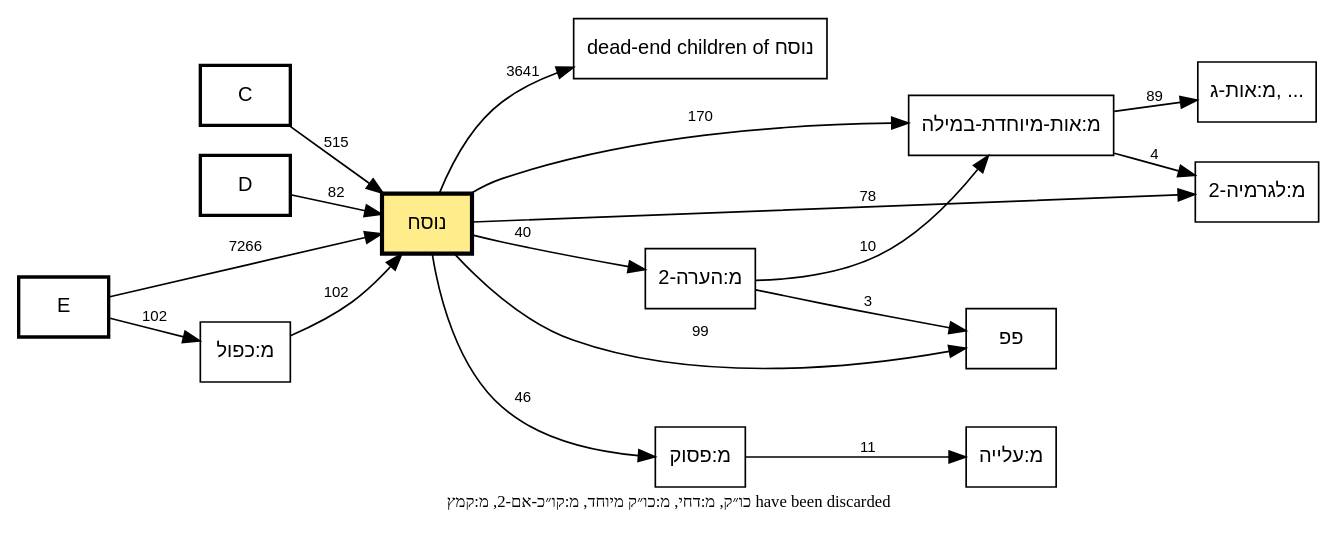
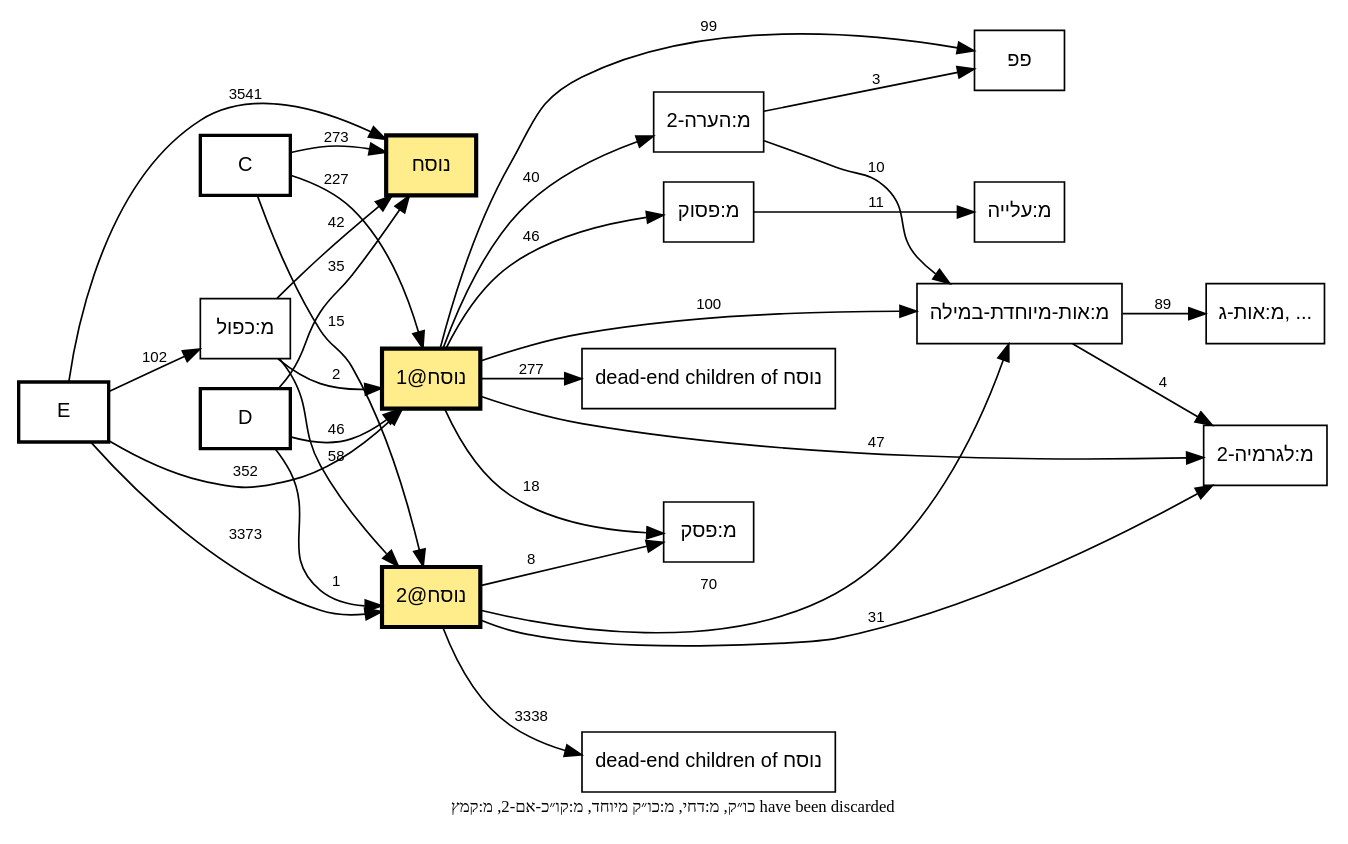
Before and after one commit to bdenckla/MAM-basics: the diagram in out/tmpl-survey-plus/plus-nusach-call-graph.dot, drawn with Graphviz. The commit also changed 17 other files, not shown here.

```diff
--- a/out/tmpl-survey-plus/plus-nusach-call-graph.dot
+++ b/out/tmpl-survey-plus/plus-nusach-call-graph.dot
@@ -1,61 +1,75 @@
 // This file was generated by MAM-basics/py/main_tmpl_survey.py.
 // Do not edit by hand.
 digraph template_call_graph {
     rankdir=LR;
     node [fontname="SBL Hebrew,Helvetica", fontsize=12];
     edge [fontname="Helvetica", fontsize=9];
     graph [comment="This file was generated by MAM-basics/py/main_tmpl_survey.py."];
 
     // Column nodes
     node [shape=box, style=bold];
     "C";
     "D";
     "E";
 
     // Template nodes
     node [shape=box, style=""];
     "dead-end children of נוסח" [tooltip="כתיב ולא קרי
 מ:אין פרשה בתחילת פרק
 מ:אין פרשה בתחילת פרק בספרי אמ״ת
 מ:מקף אפור
 מ:נו״ן הפוכה
-מ:פסק
 מ:צינור
-מ:קישור בהערה
-מ:קישור פנימי בהערה
-מודגש
 סס
 ססס
 פפפ
 קו״כ
 קרי ולא כתיב
 ר0
 ר1
 ר3
-ר4
-ש"];
+ר4"];
     "מ:אות-ג, ..." [tooltip="מ:אות-ג
 מ:אות-ק"];
+    "dead-end children of נוסח (2)" [label="dead-end children of נוסח", tooltip="מ:קישור בהערה
+מ:קישור פנימי בהערה
+מודגש
+ש"];
     "נוסח" [fillcolor="lightgoldenrod1", style="filled", penwidth=2.5];
+    "נוסח@1" [fillcolor="lightgoldenrod1", style="filled", penwidth=2.5];
+    "נוסח@2" [fillcolor="lightgoldenrod1", style="filled", penwidth=2.5];
 
     // Note
     graph [label="כו״ק, מ:דחי, מ:כו״ק מיוחד, מ:קו״כ-אם-2, מ:קמץ have been discarded", labelloc=b, fontsize=10];
 
     // Edges
-    "C" -> "נוסח" [label="515"];
-    "D" -> "נוסח" [label="82"];
+    "C" -> "נוסח" [label="273"];
+    "C" -> "נוסח@1" [label="227"];
+    "C" -> "נוסח@2" [label="15"];
+    "D" -> "נוסח" [label="35"];
+    "D" -> "נוסח@1" [label="46"];
+    "D" -> "נוסח@2" [label="1"];
     "E" -> "מ:כפול" [label="102"];
-    "E" -> "נוסח" [label="7266"];
+    "E" -> "נוסח" [label="3541"];
+    "E" -> "נוסח@1" [label="352"];
+    "E" -> "נוסח@2" [label="3373"];
     "מ:אות-מיוחדת-במילה" -> "מ:אות-ג, ..." [label="89"];
     "מ:אות-מיוחדת-במילה" -> "מ:לגרמיה-2" [label="4"];
     "מ:הערה-2" -> "מ:אות-מיוחדת-במילה" [label="10"];
     "מ:הערה-2" -> "פפ" [label="3"];
-    "מ:כפול" -> "נוסח" [label="102"];
+    "מ:כפול" -> "נוסח" [label="42"];
+    "מ:כפול" -> "נוסח@1" [label="2"];
+    "מ:כפול" -> "נוסח@2" [label="58"];
     "מ:פסוק" -> "מ:עלייה" [label="11"];
-    "נוסח" -> "dead-end children of נוסח" [label="3641"];
-    "נוסח" -> "מ:אות-מיוחדת-במילה" [label="170"];
-    "נוסח" -> "מ:הערה-2" [label="40"];
-    "נוסח" -> "מ:לגרמיה-2" [label="78"];
-    "נוסח" -> "מ:פסוק" [label="46"];
-    "נוסח" -> "פפ" [label="99"];
+    "נוסח@1" -> "dead-end children of נוסח" [label="277"];
+    "נוסח@1" -> "מ:אות-מיוחדת-במילה" [label="100"];
+    "נוסח@1" -> "מ:הערה-2" [label="40"];
+    "נוסח@1" -> "מ:לגרמיה-2" [label="47"];
+    "נוסח@1" -> "מ:פסוק" [label="46"];
+    "נוסח@1" -> "מ:פסק" [label="18"];
+    "נוסח@1" -> "פפ" [label="99"];
+    "נוסח@2" -> "מ:אות-מיוחדת-במילה" [label="70"];
+    "נוסח@2" -> "מ:לגרמיה-2" [label="31"];
+    "נוסח@2" -> "מ:פסק" [label="8"];
+    "נוסח@2" -> "dead-end children of נוסח (2)" [label="3338"];
 }
```
